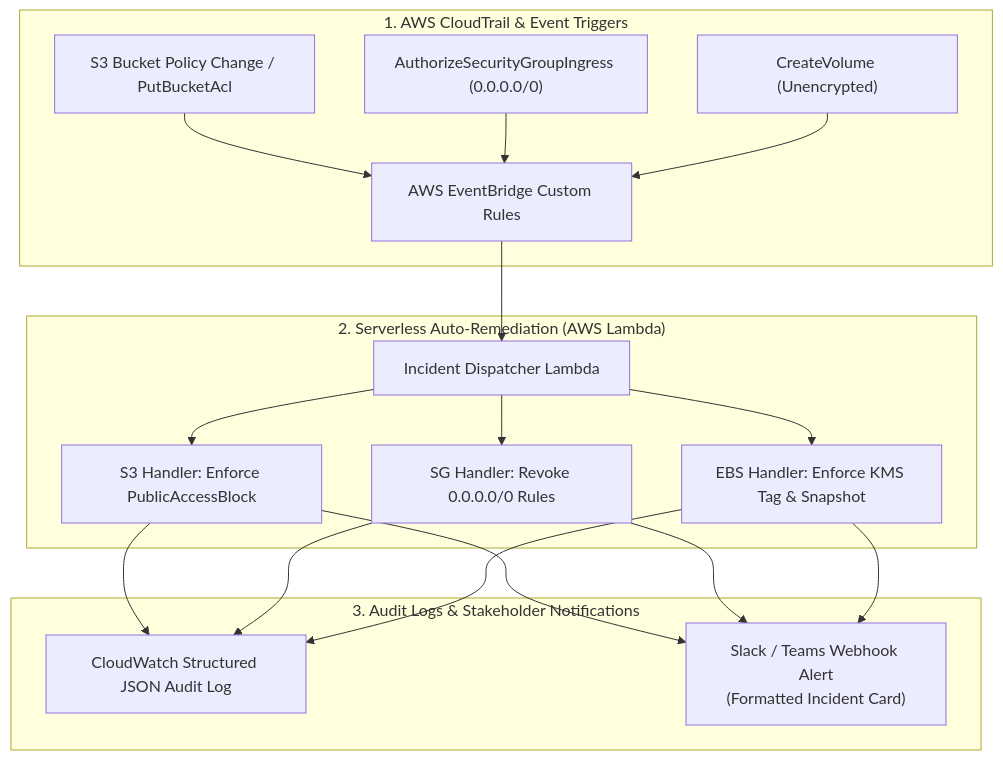
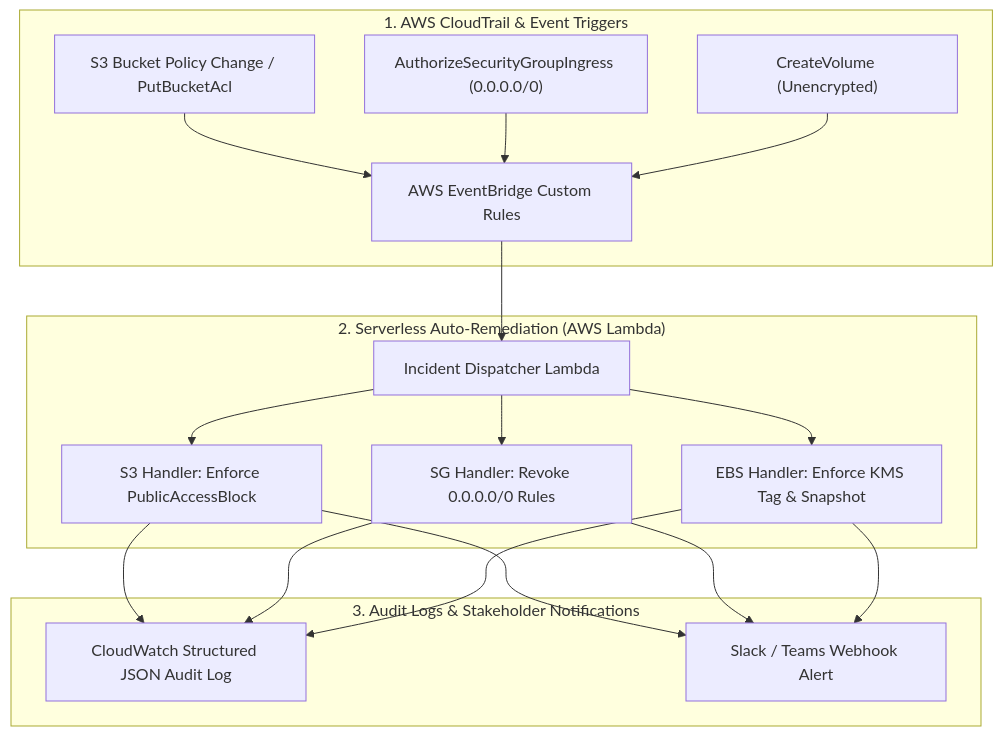
The diagram in README.md (FreeFades2Black/serverless-cloud-autoremediation-engine), drawn with Mermaid before and after one commit. The commit also changed other lines of this file and 1 other file, not shown here.

````diff
--- a/README.md
+++ b/README.md
@@ -35,21 +35,21 @@
 ```mermaid
 flowchart TD
     subgraph CloudEvents ["1. AWS CloudTrail & Event Triggers"]
         S3Evt["S3 Bucket Policy Change / PutBucketAcl"]
         SGEvt["AuthorizeSecurityGroupIngress (0.0.0.0/0)"]
         EBSEvt["CreateVolume (Unencrypted)"]
         S3Evt & SGEvt & EBSEvt --> Bus["AWS EventBridge Custom Rules"]
     end
 
     subgraph RemediationEngine ["2. Serverless Auto-Remediation (AWS Lambda)"]
         Bus --> Router["Incident Dispatcher Lambda"]
         Router --> H_S3["S3 Handler: Enforce PublicAccessBlock"]
         Router --> H_SG["SG Handler: Revoke 0.0.0.0/0 Rules"]
         Router --> H_EBS["EBS Handler: Enforce KMS Tag & Snapshot"]
     end
 
     subgraph Observability ["3. Audit Logs & Stakeholder Notifications"]
         H_S3 & H_SG & H_EBS --> CW["CloudWatch Structured JSON Audit Log"]
-        H_S3 & H_SG & H_EBS --> Slack["Slack / Teams Webhook Alert<br/>(Formatted Incident Card)"]
+        H_S3 & H_SG & H_EBS --> Slack["Slack / Teams Webhook Alert"]
     end
 ```
````
